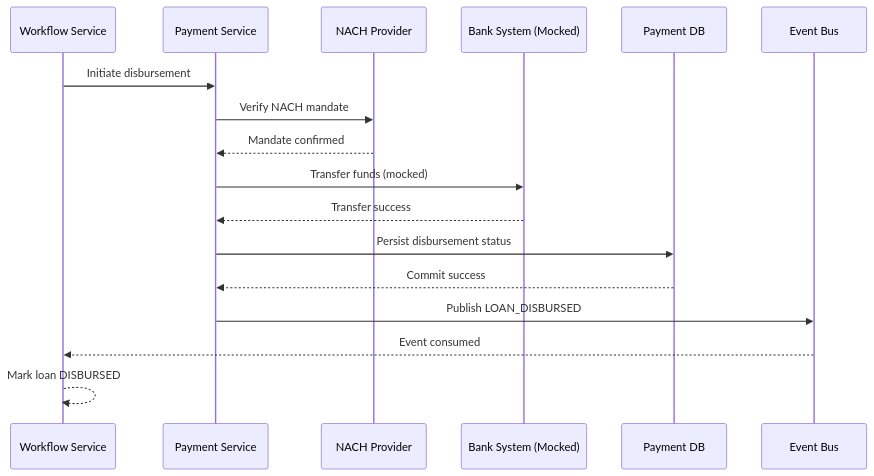
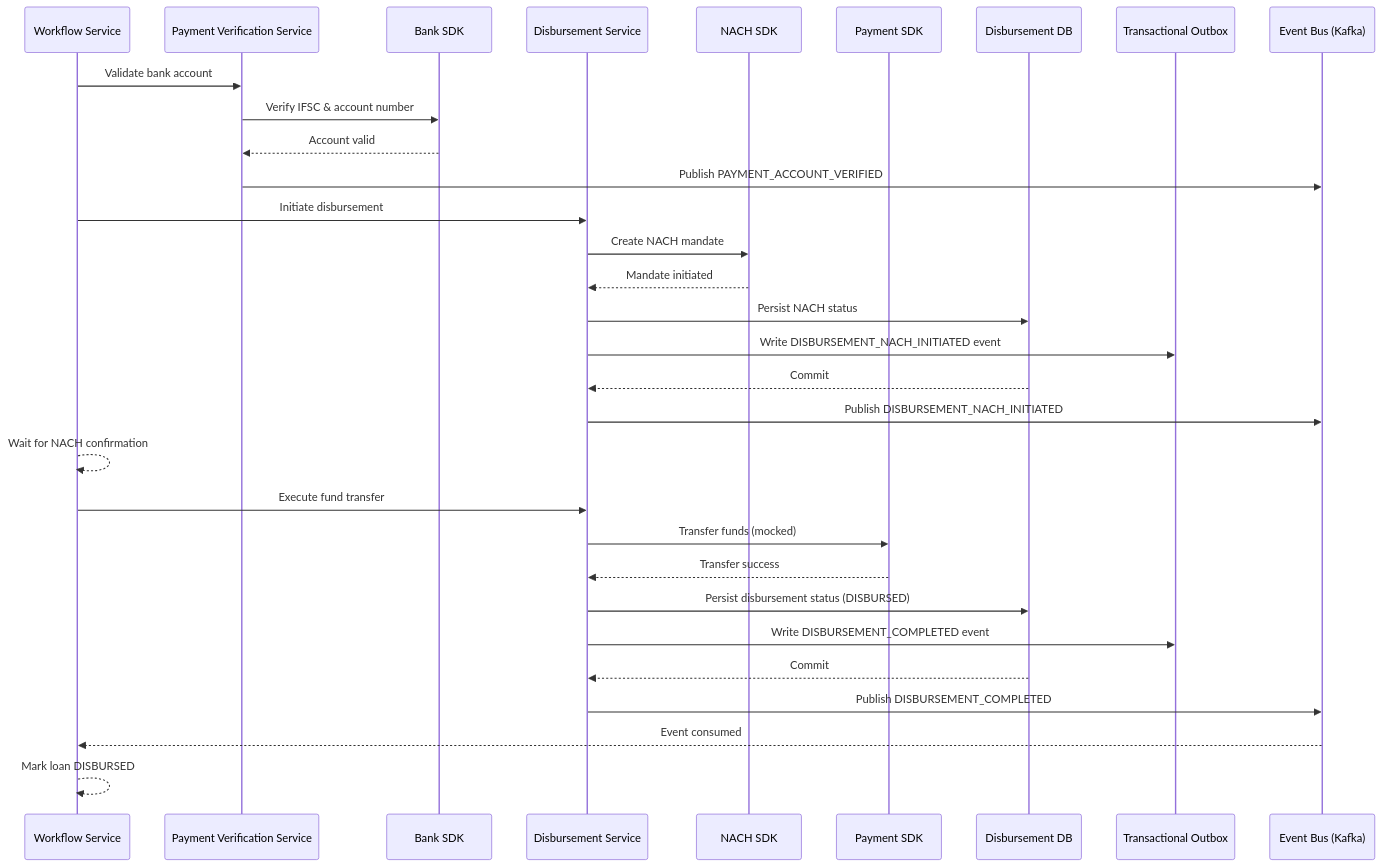
Before and after one commit to digital-loan-org/digital-loan-architecture: the diagram in docs/failure-handling/diagrams/sequence/disbursement.mmd, drawn with Mermaid. The commit also changed 19 other files, not shown here.

Commit message:
Updated the architecture

```diff
--- a/docs/failure-handling/diagrams/sequence/disbursement.mmd
+++ b/docs/failure-handling/diagrams/sequence/disbursement.mmd
@@ -1,18 +1,37 @@
 sequenceDiagram
     participant WF as Workflow Service
-    participant Pay as Payment Service
-    participant NACH as NACH Provider
-    participant Bank as Bank System (Mocked)
-    participant DB as Payment DB
-    participant Kafka as Event Bus
+    participant PayVer as Payment Verification Service
+    participant Bank as Bank SDK
+    participant Disb as Disbursement Service
+    participant NACH as NACH SDK
+    participant PaySDK as Payment SDK
+    participant DB as Disbursement DB
+    participant Outbox as Transactional Outbox
+    participant Kafka as Event Bus (Kafka)
 
-    WF->>Pay: Initiate disbursement
-    Pay->>NACH: Verify NACH mandate
-    NACH-->>Pay: Mandate confirmed
-    Pay->>Bank: Transfer funds (mocked)
-    Bank-->>Pay: Transfer success
-    Pay->>DB: Persist disbursement status
-    DB-->>Pay: Commit success
-    Pay->>Kafka: Publish LOAN_DISBURSED
+    WF->>PayVer: Validate bank account
+    PayVer->>Bank: Verify IFSC & account number
+    Bank-->>PayVer: Account valid
+    PayVer->>Kafka: Publish PAYMENT_ACCOUNT_VERIFIED
+    
+    WF->>Disb: Initiate disbursement
+    Disb->>NACH: Create NACH mandate
+    NACH-->>Disb: Mandate initiated
+    
+    Disb->>DB: Persist NACH status
+    Disb->>Outbox: Write DISBURSEMENT_NACH_INITIATED event
+    DB-->>Disb: Commit
+    Disb->>Kafka: Publish DISBURSEMENT_NACH_INITIATED
+    
+    WF-->>WF: Wait for NACH confirmation
+    
+    WF->>Disb: Execute fund transfer
+    Disb->>PaySDK: Transfer funds (mocked)
+    PaySDK-->>Disb: Transfer success
+    
+    Disb->>DB: Persist disbursement status (DISBURSED)
+    Disb->>Outbox: Write DISBURSEMENT_COMPLETED event
+    DB-->>Disb: Commit
+    Disb->>Kafka: Publish DISBURSEMENT_COMPLETED
     Kafka-->>WF: Event consumed
     WF-->>WF: Mark loan DISBURSED
```
